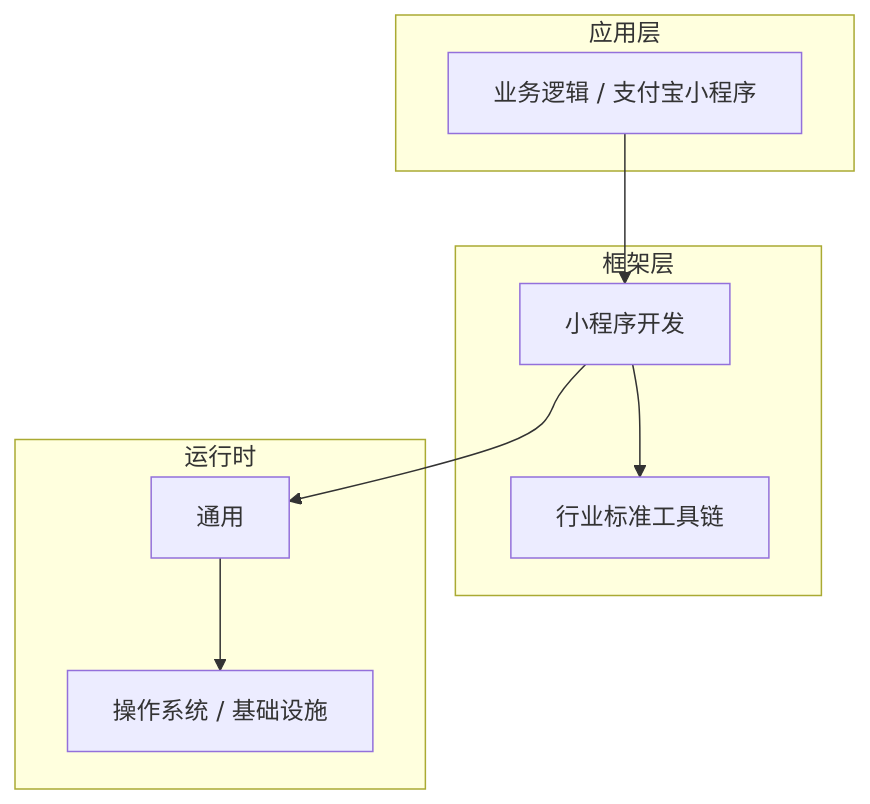
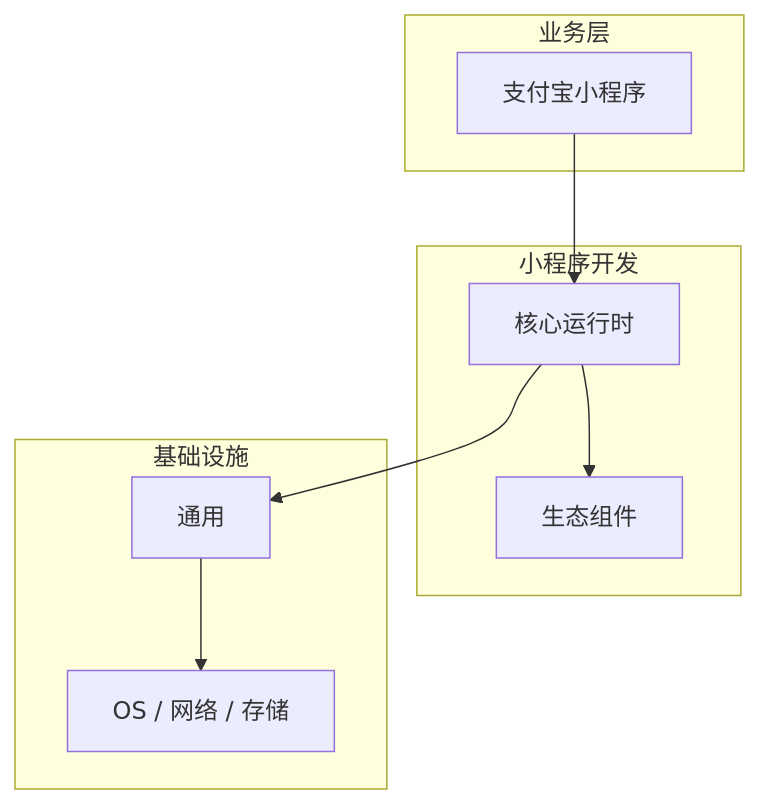
The diagram in articles/小程序开发/chapters/063-支付宝小程序核心概念与原理.md (yanggan2015/knowledge-json-v2), drawn with Mermaid before and after one commit. The commit also changed other lines of this file and 10127 other files, not shown here.

````diff
--- a/articles/小程序开发/chapters/063-支付宝小程序核心概念与原理.md
+++ b/articles/小程序开发/chapters/063-支付宝小程序核心概念与原理.md
@@ -45,18 +34,18 @@
 ```mermaid
 graph TB
-    subgraph 应用层
-        A[业务逻辑 / 支付宝小程序]
+    subgraph 业务层
+        A[支付宝小程序]
     end
-    subgraph 框架层
-        B[小程序开发]
-        C[行业标准工具链]
+    subgraph 小程序开发
+        B[核心运行时]
+        C[生态组件]
     end
-    subgraph 运行时
+    subgraph 基础设施
         D[通用]
-        E[操作系统 / 基础设施]
+        E[OS / 网络 / 存储]
     end
     A --> B
     B --> C
     B --> D
     D --> E
 ```
````
